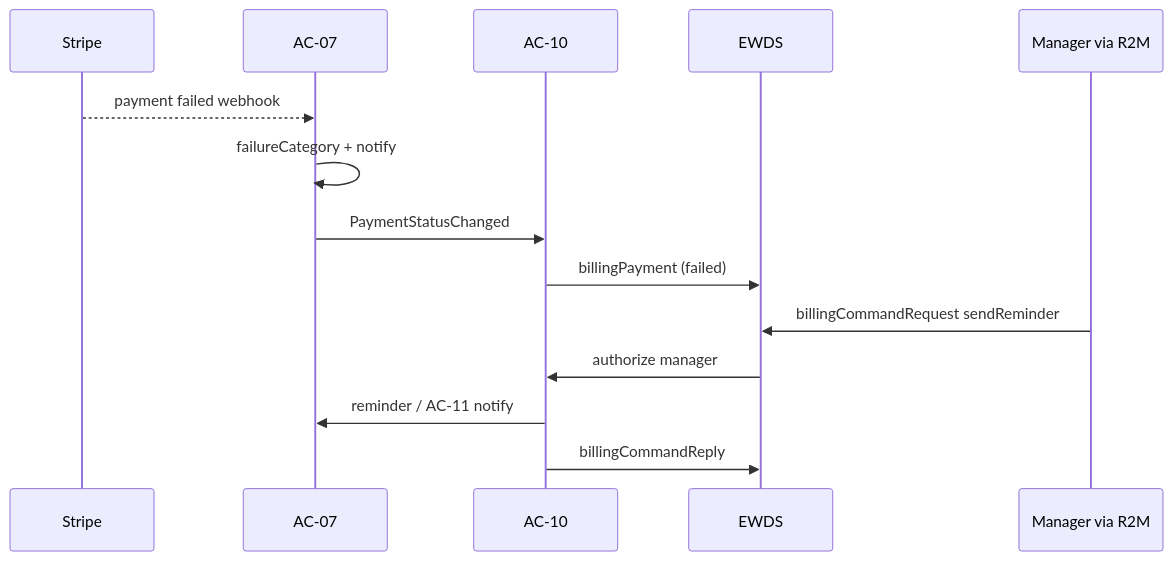
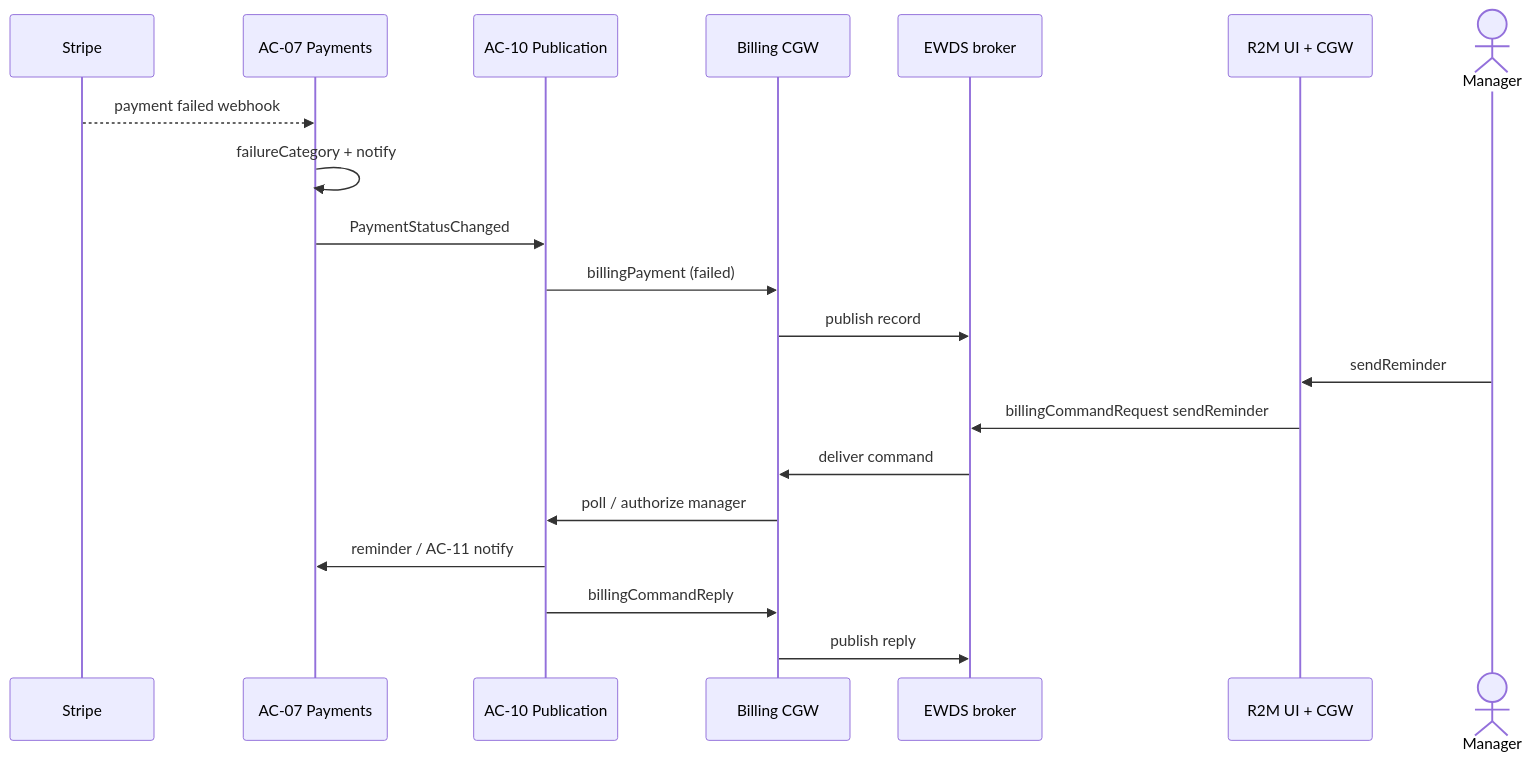
One commit to blooo-io/intelligent-eu-bps-source changed the ninth of 14 diagrams in docs/architecture/07-scenario-flows.md. Above: the diagram before and after it, drawn with Mermaid. The commit also changed other lines of this file, not shown here.

First line of the commit message:
docs(INT-450): show Billing CGW on every EWDS scenario flow (#224)

````diff
--- a/docs/architecture/07-scenario-flows.md
+++ b/docs/architecture/07-scenario-flows.md
@@ -228,16 +252,22 @@
 ```mermaid
 sequenceDiagram
   participant Stripe as Stripe
-  participant AC07 as AC-07
-  participant AC10 as AC-10
-  participant EWDS as EWDS
-  participant Mgr as Manager via R2M
+  participant AC07 as AC-07 Payments
+  participant AC10 as AC-10 Publication
+  participant CGW as Billing CGW
+  participant EWDS as EWDS broker
+  participant R2M as R2M UI + CGW
+  actor Mgr as Manager
   Stripe-->>AC07: payment failed webhook
   AC07->>AC07: failureCategory + notify
   AC07->>AC10: PaymentStatusChanged
-  AC10->>EWDS: billingPayment (failed)
-  Mgr->>EWDS: billingCommandRequest sendReminder
-  EWDS->>AC10: authorize manager
+  AC10->>CGW: billingPayment (failed)
+  CGW->>EWDS: publish record
+  Mgr->>R2M: sendReminder
+  R2M->>EWDS: billingCommandRequest sendReminder
+  EWDS->>CGW: deliver command
+  CGW->>AC10: poll / authorize manager
   AC10->>AC07: reminder / AC-11 notify
-  AC10->>EWDS: billingCommandReply
+  AC10->>CGW: billingCommandReply
+  CGW->>EWDS: publish reply
 ```
````
